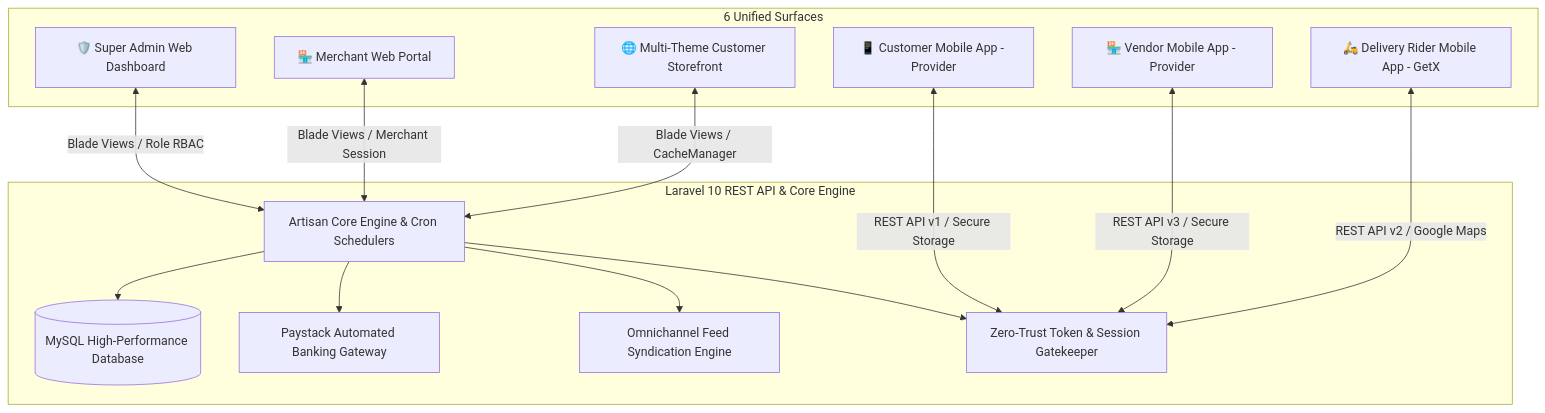
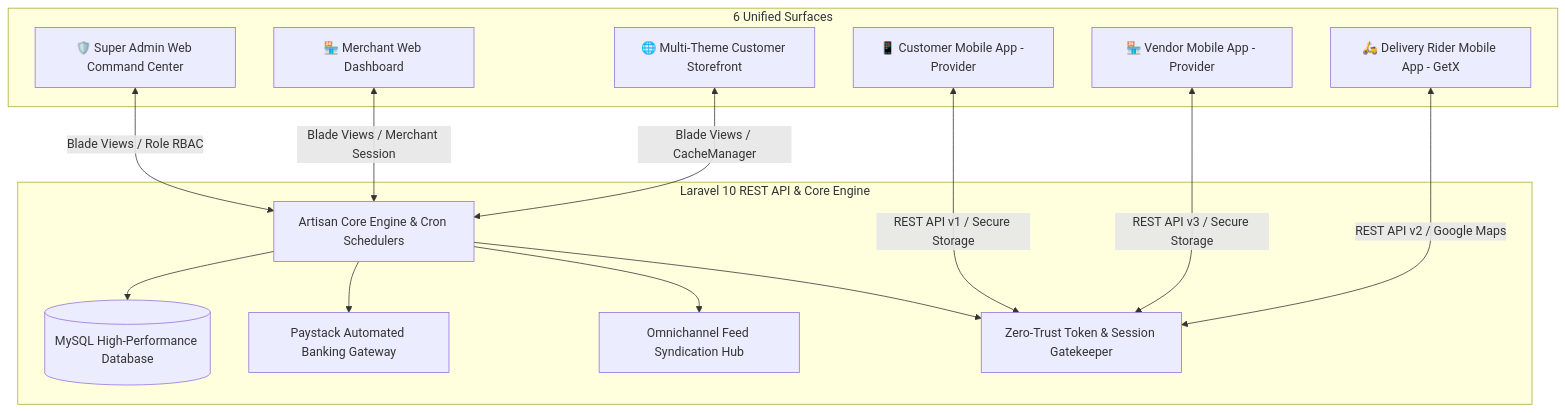
Before and after one commit to hotvictorious-rgb/vmarket: the diagram in README.md, drawn with Mermaid. The commit also changed other lines of this file and 1 other file, not shown here.

````diff
--- a/README.md
+++ b/README.md
@@ -33,30 +211,30 @@
 ```mermaid
 graph TD
-    subgraph Central Backend [Laravel 10 REST API & Core Engine]
+    subgraph Central Core [Laravel 10 REST API & Core Engine]
         A[Artisan Core Engine & Cron Schedulers]
         DB[(MySQL High-Performance Database)]
         PS[Paystack Automated Banking Gateway]
-        FEED[Omnichannel Feed Syndication Engine]
+        FEED[Omnichannel Feed Syndication Hub]
         AUTH[Zero-Trust Token & Session Gatekeeper]
         A --> DB
         A --> PS
         A --> FEED
         A --> AUTH
     end
 
     subgraph Client Ecosystem [6 Unified Surfaces]
-        WA[🛡️ Super Admin Web Dashboard]
-        WV[🏪 Merchant Web Portal]
+        WA[🛡️ Super Admin Web Command Center]
+        WV[🏪 Merchant Web Dashboard]
         WS[🌐 Multi-Theme Customer Storefront]
         C[📱 Customer Mobile App - Provider]
         V[🏪 Vendor Mobile App - Provider]
         D[🛵 Delivery Rider Mobile App - GetX]
     end
 
     WA <-->|Blade Views / Role RBAC| A
     WV <-->|Blade Views / Merchant Session| A
     WS <-->|Blade Views / CacheManager| A
     C <-->|REST API v1 / Secure Storage| AUTH
     V <-->|REST API v3 / Secure Storage| AUTH
     D <-->|REST API v2 / Google Maps| AUTH
 ```
````
